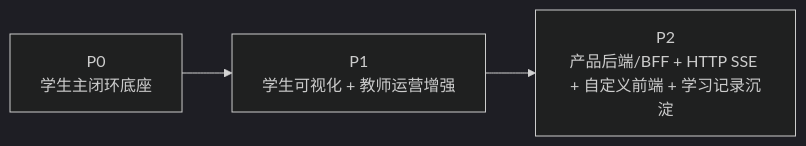
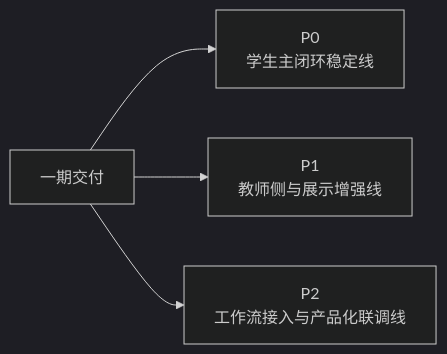
Before and after one commit to chenqsq/doc-showcase: the second of 2 diagrams in doc/智能体文档/平台层/AI主导学习平台-角色主线与阶段地图.md, drawn with Mermaid (dark theme). The commit also changed other lines of this file and 6 other files, not shown here.

````diff
--- a/doc/智能体文档/平台层/AI主导学习平台-角色主线与阶段地图.md
+++ b/doc/智能体文档/平台层/AI主导学习平台-角色主线与阶段地图.md
@@ -61,5 +78,6 @@
 ```mermaid
 flowchart LR
-    A["P0<br/>学生主闭环底座"] --> B["P1<br/>学生可视化 + 教师运营增强"]
-    B --> C["P2<br/>产品后端/BFF + HTTP SSE + 自定义前端 + 学习记录沉淀"]
+    A["一期交付"] --> B["P0<br/>学生主闭环稳定线"]
+    A --> C["P1<br/>教师侧与展示增强线"]
+    A --> D["P2<br/>工作流接入与产品化联调线"]
 ```
````
